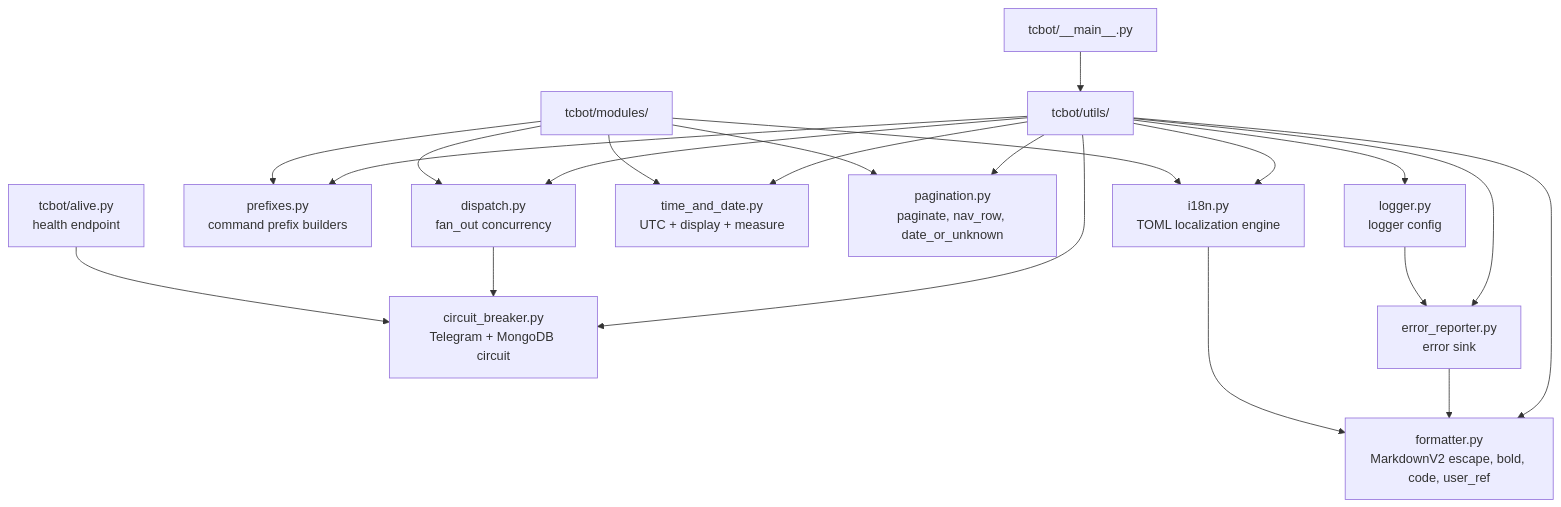
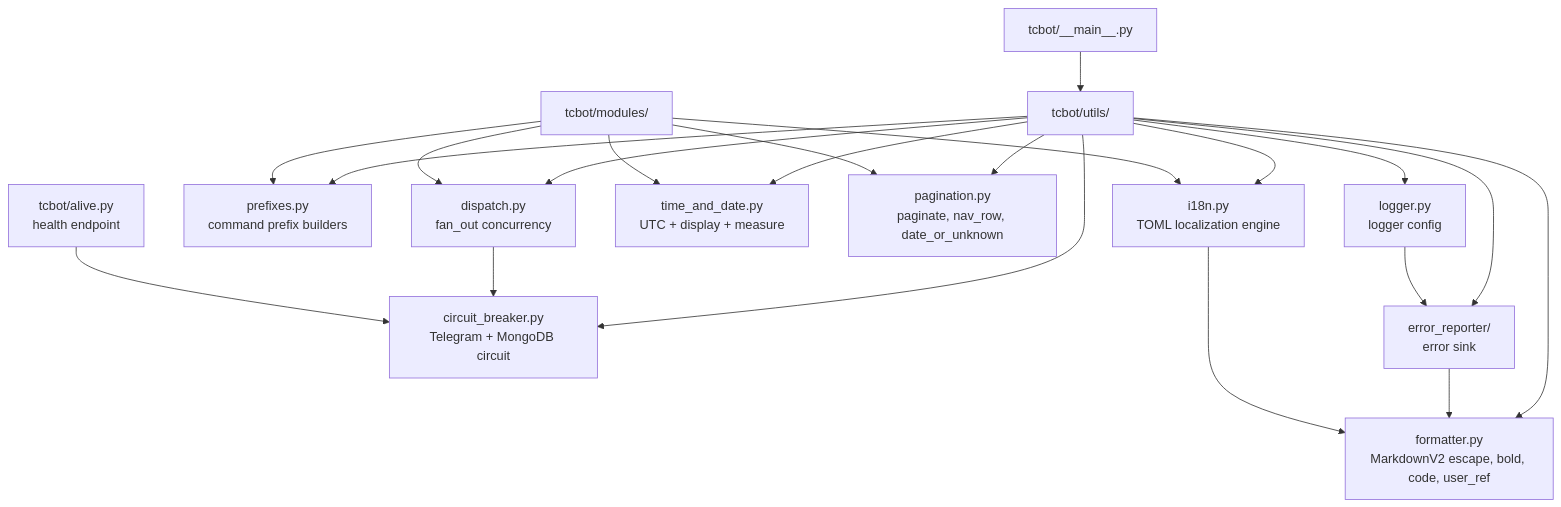
The diagram in docs/architecture/utilities.md (D1ZZY4/tcbot), drawn with Mermaid before and after one commit. The commit also changed other lines of this file and 29 other files, not shown here.

````diff
--- a/docs/architecture/utilities.md
+++ b/docs/architecture/utilities.md
@@ -9,23 +9,23 @@
 ```mermaid
 flowchart TD
     Main[tcbot/__main__.py] --> Utils[tcbot/utils/]
     Utils --> CB[circuit_breaker.py<br/>Telegram + MongoDB circuit]
     Utils --> Dispatch[dispatch.py<br/>fan_out concurrency]
     Utils --> Prefixes[prefixes.py<br/>command prefix builders]
     Utils --> Logging[logger.py<br/>logger config]
-    Utils --> ErrorReporter[error_reporter.py<br/>error sink]
+    Utils --> ErrorReporter[error_reporter/<br/>error sink]
     Utils --> TimeDate[time_and_date.py<br/>UTC + display + measure]
     Utils --> Pagination[pagination.py<br/>paginate, nav_row, date_or_unknown]
     Utils --> Fmt[formatter.py<br/>MarkdownV2 escape, bold, code, user_ref]
     Utils --> I18n[i18n.py<br/>TOML localization engine]
     Dispatch --> CB
     Modules[tcbot/modules/] --> Dispatch
     Modules --> Prefixes
     Modules --> TimeDate
     Modules --> Pagination
     Modules --> I18n
     Logging --> ErrorReporter
     ErrorReporter --> Fmt
     I18n --> Fmt
     Alive[tcbot/alive.py<br/>health endpoint] --> CB
 ```
````
